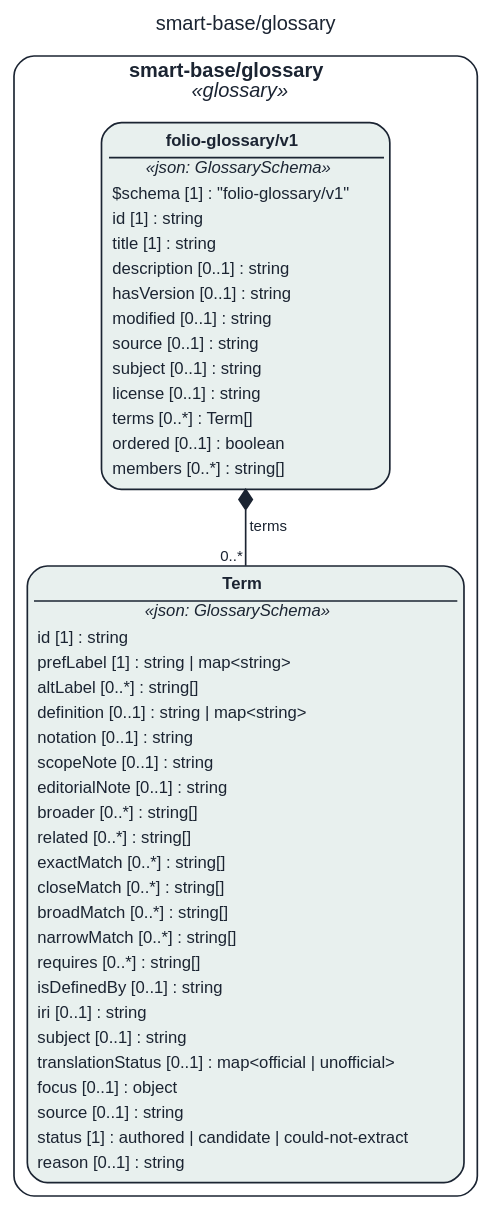
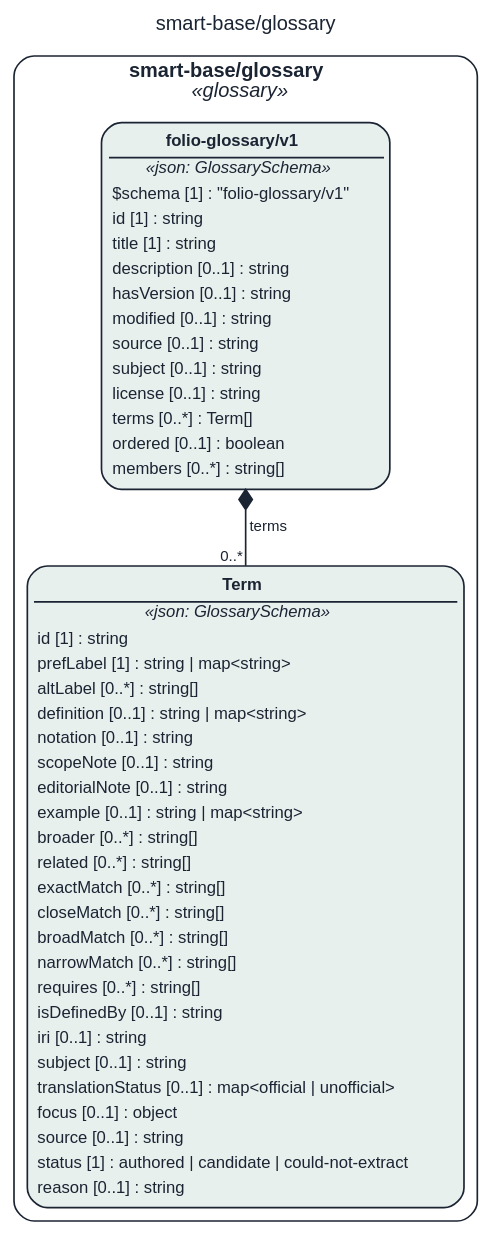
The diagram in assets/img/uml/overview/smart-base/glossary.dot (litlfred/folio-assistant), drawn with Graphviz before and after one commit. The commit also changed 43825 other files, not shown here.

```diff
--- a/assets/img/uml/overview/smart-base/glossary.dot
+++ b/assets/img/uml/overview/smart-base/glossary.dot
@@ -1,13 +1,13 @@
 // GENERATED by cat-harness-tools/scripts/gen-uml-overview.ts — do not edit.
 // Rendered page (interactive view, same model): https://litlfred.github.io/folio-assistant/uml/overview/smart-base/glossary.html
 digraph "smart_base_glossary" {
   graph [label="smart-base/glossary", labelloc=t, fontname="Helvetica", fontsize=12, fontcolor="#1b2432", newrank=true, ratio=auto, nodesep=0.3, ranksep=0.5, bgcolor="transparent"];
   node [shape=box, style="rounded,filled", margin=0.05, fontname="Helvetica", fontsize=10, color="#1b2432", fontcolor="#1b2432"];
   edge [color="#1b2432", fontcolor="#1b2432", fontname="Helvetica", fontsize=9];
   subgraph "cluster_pkg_smart_base_glossary" {
     label=<<b>smart-base/glossary</b><br/><i>«glossary»</i>>; style="rounded"; color="#1b2432"; class="fa_uml_subgraph";
-    "smart_base_glossary_folio_glossary_v1_Term" [fillcolor="#e8f0ee", class="fa_uml_kind_glossary", label=<<table border="0" cellborder="0" cellspacing="0" cellpadding="2"><tr><td border="1" sides="b"><b>Term</b></td></tr><tr><td><i>«json: GlossarySchema»</i></td></tr><tr><td align="left">id [1] : string</td></tr><tr><td align="left">prefLabel [1] : string | map&lt;string&gt;</td></tr><tr><td align="left">altLabel [0..*] : string[]</td></tr><tr><td align="left">definition [0..1] : string | map&lt;string&gt;</td></tr><tr><td align="left">notation [0..1] : string</td></tr><tr><td align="left">scopeNote [0..1] : string</td></tr><tr><td align="left">editorialNote [0..1] : string</td></tr><tr><td align="left">broader [0..*] : string[]</td></tr><tr><td align="left">related [0..*] : string[]</td></tr><tr><td align="left">exactMatch [0..*] : string[]</td></tr><tr><td align="left">closeMatch [0..*] : string[]</td></tr><tr><td align="left">broadMatch [0..*] : string[]</td></tr><tr><td align="left">narrowMatch [0..*] : string[]</td></tr><tr><td align="left">requires [0..*] : string[]</td></tr><tr><td align="left">isDefinedBy [0..1] : string</td></tr><tr><td align="left">iri [0..1] : string</td></tr><tr><td align="left">subject [0..1] : string</td></tr><tr><td align="left">translationStatus [0..1] : map&lt;official | unofficial&gt;</td></tr><tr><td align="left">focus [0..1] : object</td></tr><tr><td align="left">source [0..1] : string</td></tr><tr><td align="left">status [1] : authored | candidate | could-not-extract</td></tr><tr><td align="left">reason [0..1] : string</td></tr></table>>];
+    "smart_base_glossary_folio_glossary_v1_Term" [fillcolor="#e8f0ee", class="fa_uml_kind_glossary", label=<<table border="0" cellborder="0" cellspacing="0" cellpadding="2"><tr><td border="1" sides="b"><b>Term</b></td></tr><tr><td><i>«json: GlossarySchema»</i></td></tr><tr><td align="left">id [1] : string</td></tr><tr><td align="left">prefLabel [1] : string | map&lt;string&gt;</td></tr><tr><td align="left">altLabel [0..*] : string[]</td></tr><tr><td align="left">definition [0..1] : string | map&lt;string&gt;</td></tr><tr><td align="left">notation [0..1] : string</td></tr><tr><td align="left">scopeNote [0..1] : string</td></tr><tr><td align="left">editorialNote [0..1] : string</td></tr><tr><td align="left">example [0..1] : string | map&lt;string&gt;</td></tr><tr><td align="left">broader [0..*] : string[]</td></tr><tr><td align="left">related [0..*] : string[]</td></tr><tr><td align="left">exactMatch [0..*] : string[]</td></tr><tr><td align="left">closeMatch [0..*] : string[]</td></tr><tr><td align="left">broadMatch [0..*] : string[]</td></tr><tr><td align="left">narrowMatch [0..*] : string[]</td></tr><tr><td align="left">requires [0..*] : string[]</td></tr><tr><td align="left">isDefinedBy [0..1] : string</td></tr><tr><td align="left">iri [0..1] : string</td></tr><tr><td align="left">subject [0..1] : string</td></tr><tr><td align="left">translationStatus [0..1] : map&lt;official | unofficial&gt;</td></tr><tr><td align="left">focus [0..1] : object</td></tr><tr><td align="left">source [0..1] : string</td></tr><tr><td align="left">status [1] : authored | candidate | could-not-extract</td></tr><tr><td align="left">reason [0..1] : string</td></tr></table>>];
     "smart_base_glossary_folio_glossary_v1_folio_glossary_v1" [fillcolor="#e8f0ee", class="fa_uml_kind_glossary", label=<<table border="0" cellborder="0" cellspacing="0" cellpadding="2"><tr><td border="1" sides="b"><b>folio-glossary/v1</b></td></tr><tr><td><i>«json: GlossarySchema»</i></td></tr><tr><td align="left">$schema [1] : &quot;folio-glossary/v1&quot;</td></tr><tr><td align="left">id [1] : string</td></tr><tr><td align="left">title [1] : string</td></tr><tr><td align="left">description [0..1] : string</td></tr><tr><td align="left">hasVersion [0..1] : string</td></tr><tr><td align="left">modified [0..1] : string</td></tr><tr><td align="left">source [0..1] : string</td></tr><tr><td align="left">subject [0..1] : string</td></tr><tr><td align="left">license [0..1] : string</td></tr><tr><td align="left">terms [0..*] : Term[]</td></tr><tr><td align="left">ordered [0..1] : boolean</td></tr><tr><td align="left">members [0..*] : string[]</td></tr></table>>];
   }
   "smart_base_glossary_folio_glossary_v1_folio_glossary_v1" -> "smart_base_glossary_folio_glossary_v1_Term" [dir=both, arrowtail=diamond, arrowhead=none, label="terms", headlabel="0..*", class="fa_uml_composition"];
 }
```
